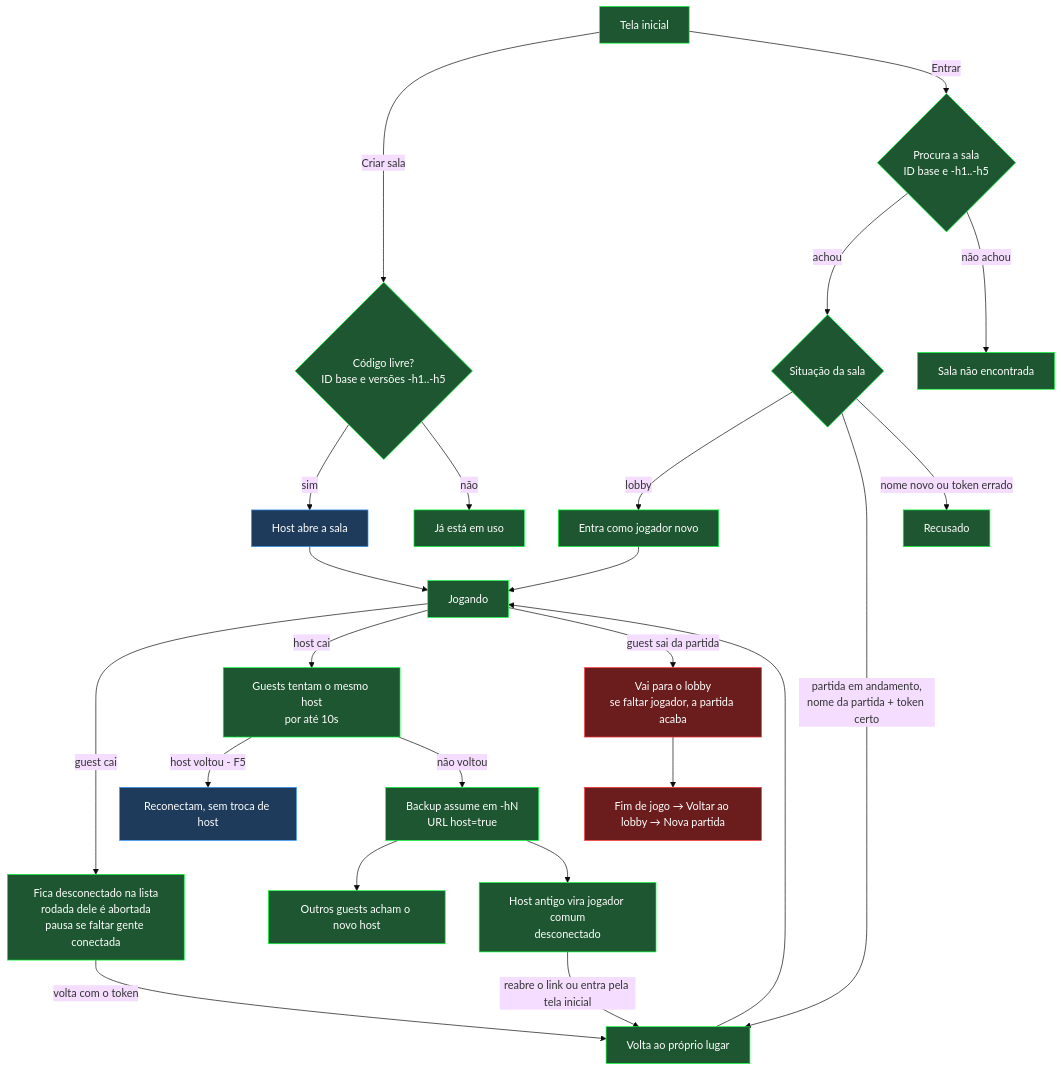
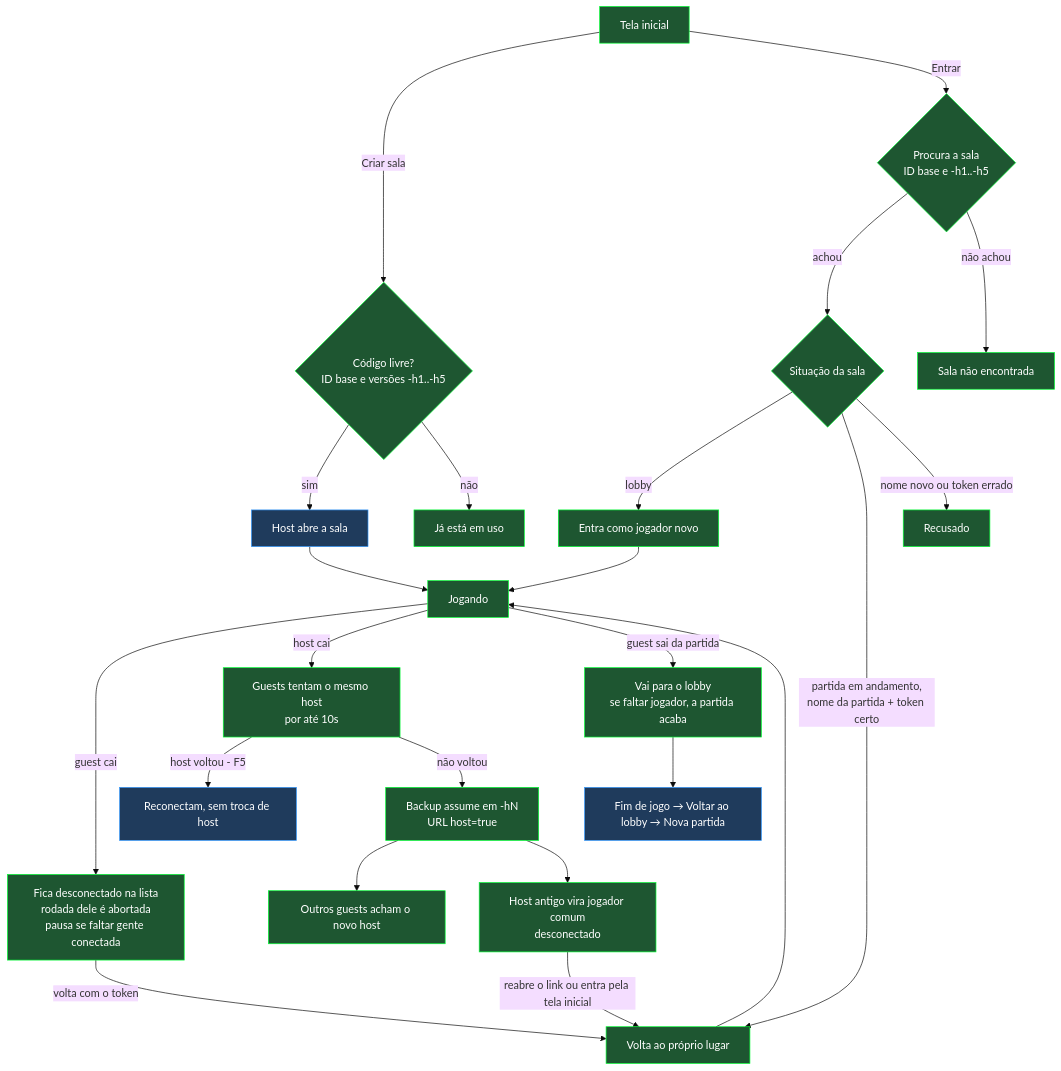
One commit to vinicius-losekann/pm-the-kpi-master changed the diagram in _docs/testes-conexao.md. Above: the diagram before and after it, drawn with Mermaid (base theme). The commit also changed other lines of this file and 2 other files, not shown here.

````diff
--- a/_docs/testes-conexao.md
+++ b/_docs/testes-conexao.md
@@ -27,36 +27,35 @@
 ```mermaid
 flowchart TD
     A[Tela inicial] -->|Criar sala| B{Código livre?<br/>ID base e versões -h1..-h5}
     B -->|sim| C[Host abre a sala]
     B -->|não| B1[Já está em uso]
     A -->|Entrar| D{Procura a sala<br/>ID base e -h1..-h5}
     D -->|achou| E{Situação da sala}
     D -->|não achou| D1[Sala não encontrada]
     E -->|lobby| F[Entra como jogador novo]
     E -->|partida em andamento,<br/>nome da partida + token certo| G[Volta ao próprio lugar]
     E -->|nome novo ou token errado| E1[Recusado]
 
     G --> H[Jogando]
     F --> H
     C --> H
 
     H -->|guest cai| I[Fica desconectado na lista<br/>rodada dele é abortada<br/>pausa se faltar gente conectada]
     I -->|volta com o token| G
 
     H -->|host cai| J[Guests tentam o mesmo host<br/>por até 10s]
     J -->|host voltou - F5| K[Reconectam, sem troca de host]
     J -->|não voltou| L[Backup assume em -hN<br/>URL host=true]
     L --> M[Outros guests acham o novo host]
     L --> N[Host antigo vira jogador comum<br/>desconectado]
     N -->|reabre o link ou entra pela tela inicial| G
 
     H -->|guest sai da partida| O[Vai para o lobby<br/>se faltar jogador, a partida acaba]
     O --> P[Fim de jogo → Voltar ao lobby → Nova partida]
 
     classDef ok fill:#1e5631,color:#fff,stroke:#0f3
     classDef auto fill:#1f3b5c,color:#fff,stroke:#39f
     classDef bug fill:#6b1d1d,color:#fff,stroke:#f33
-    class A,B,B1,D,D1,E,E1,F,G,H,I,J,L,M,N ok
-    class C,K auto
-    class O,P bug
+    class A,B,B1,D,D1,E,E1,F,G,H,I,J,L,M,N,O ok
+    class C,K,P auto
 ```
````
